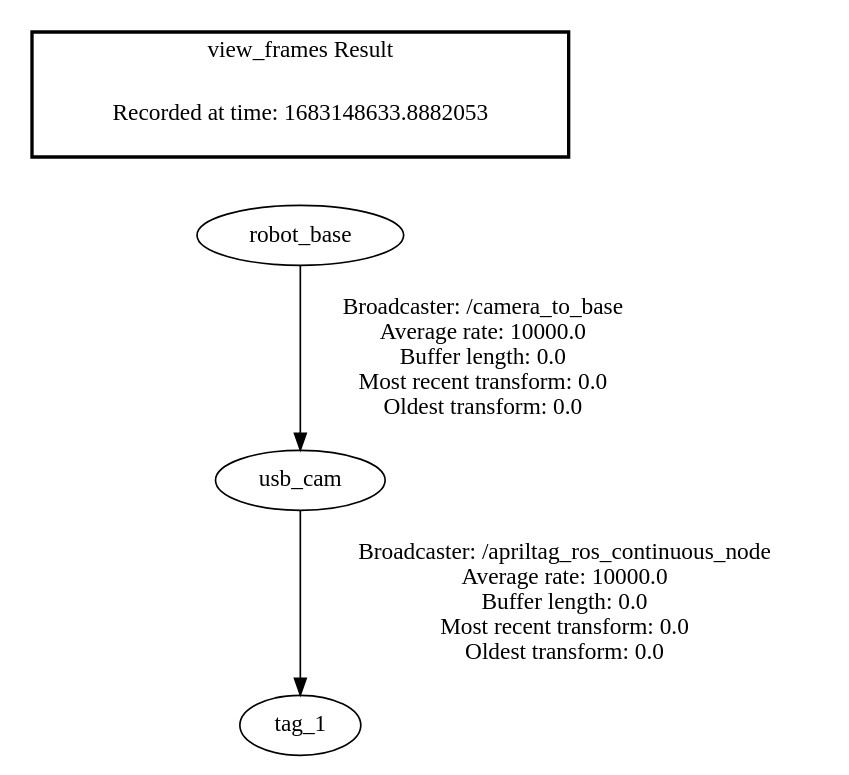
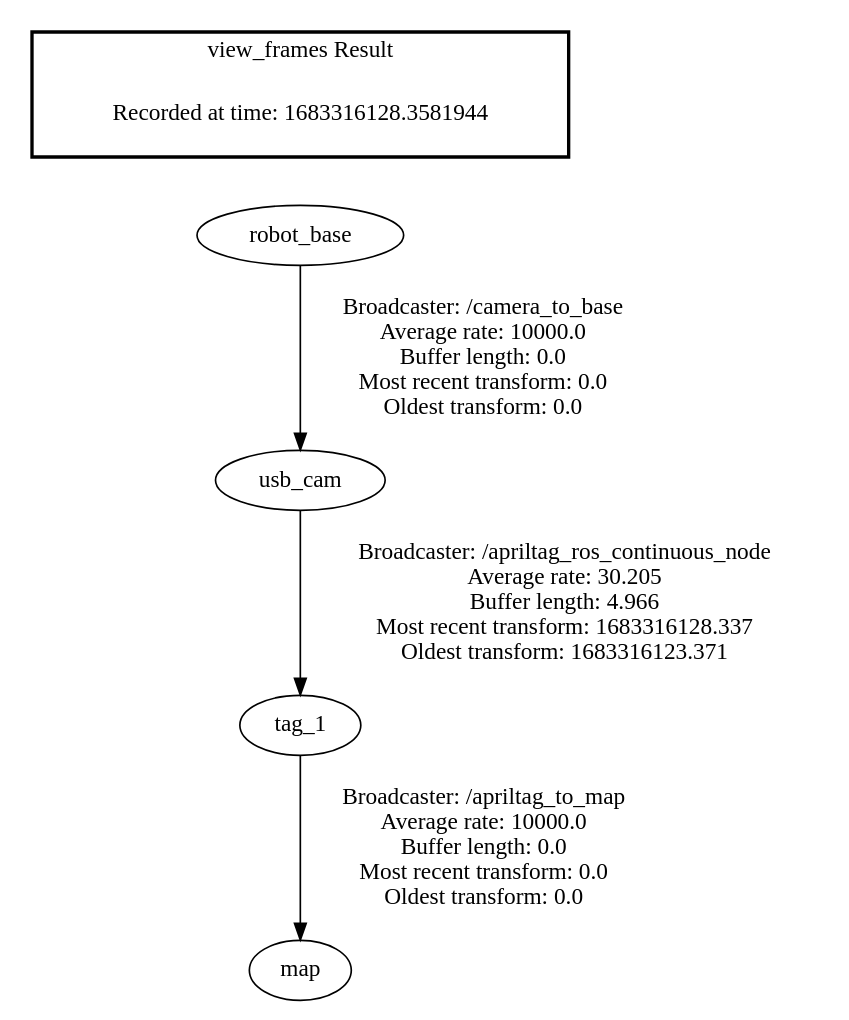
Before and after one commit to MARS-UVA/mars-ros: the diagram in src/navigation/frames.gv, drawn with Graphviz. The commit also changed 3 other files, not shown here.

```diff
--- a/src/navigation/frames.gv
+++ b/src/navigation/frames.gv
@@ -1,8 +1,9 @@
 digraph G {
-"usb_cam" -> "tag_1"[label=" Broadcaster: /apriltag_ros_continuous_node\nAverage rate: 10000.0\nBuffer length: 0.0\nMost recent transform: 0.0\nOldest transform: 0.0\n"];
+"tag_1" -> "map"[label=" Broadcaster: /apriltag_to_map\nAverage rate: 10000.0\nBuffer length: 0.0\nMost recent transform: 0.0\nOldest transform: 0.0\n"];
+"usb_cam" -> "tag_1"[label=" Broadcaster: /apriltag_ros_continuous_node\nAverage rate: 30.205\nBuffer length: 4.966\nMost recent transform: 1683316128.337\nOldest transform: 1683316123.371\n"];
 "robot_base" -> "usb_cam"[label=" Broadcaster: /camera_to_base\nAverage rate: 10000.0\nBuffer length: 0.0\nMost recent transform: 0.0\nOldest transform: 0.0\n"];
 edge [style=invis];
  subgraph cluster_legend { style=bold; color=black; label ="view_frames Result";
-"Recorded at time: 1683148633.8882053"[ shape=plaintext ] ;
+"Recorded at time: 1683316128.3581944"[ shape=plaintext ] ;
 }->"robot_base";
 }
```
